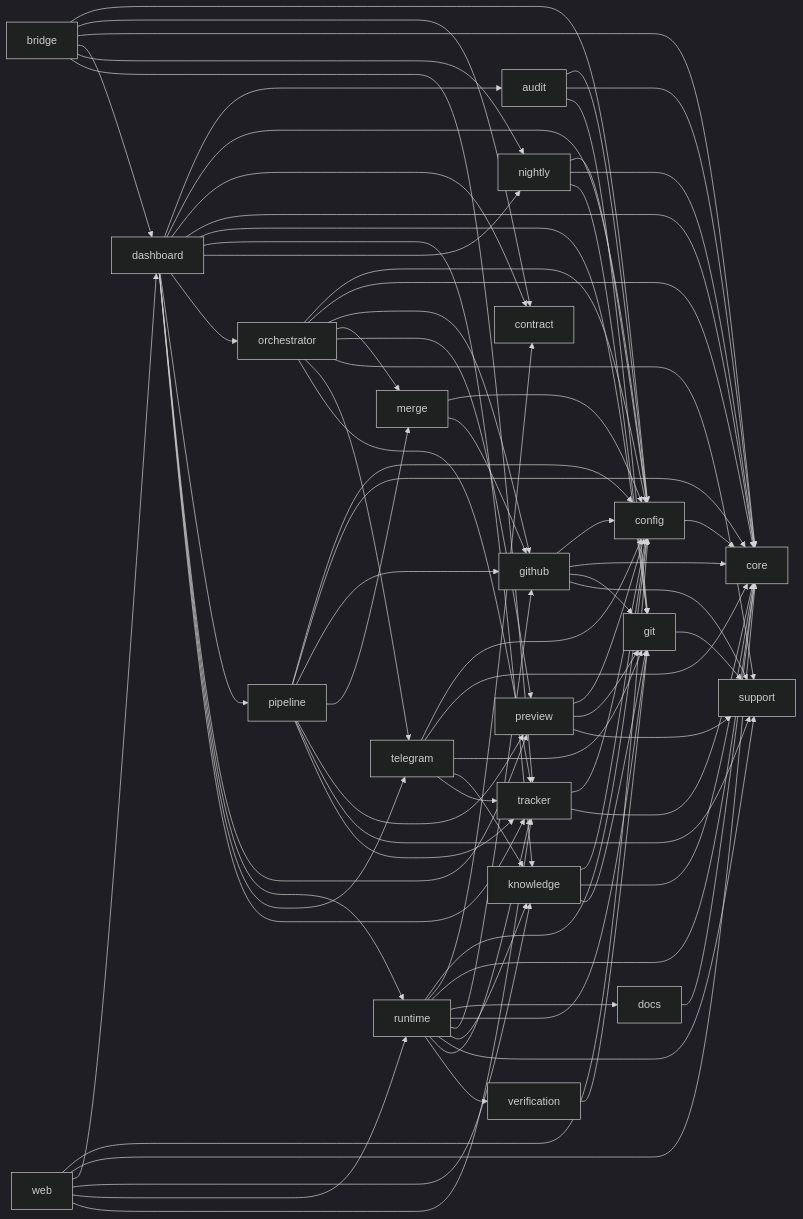
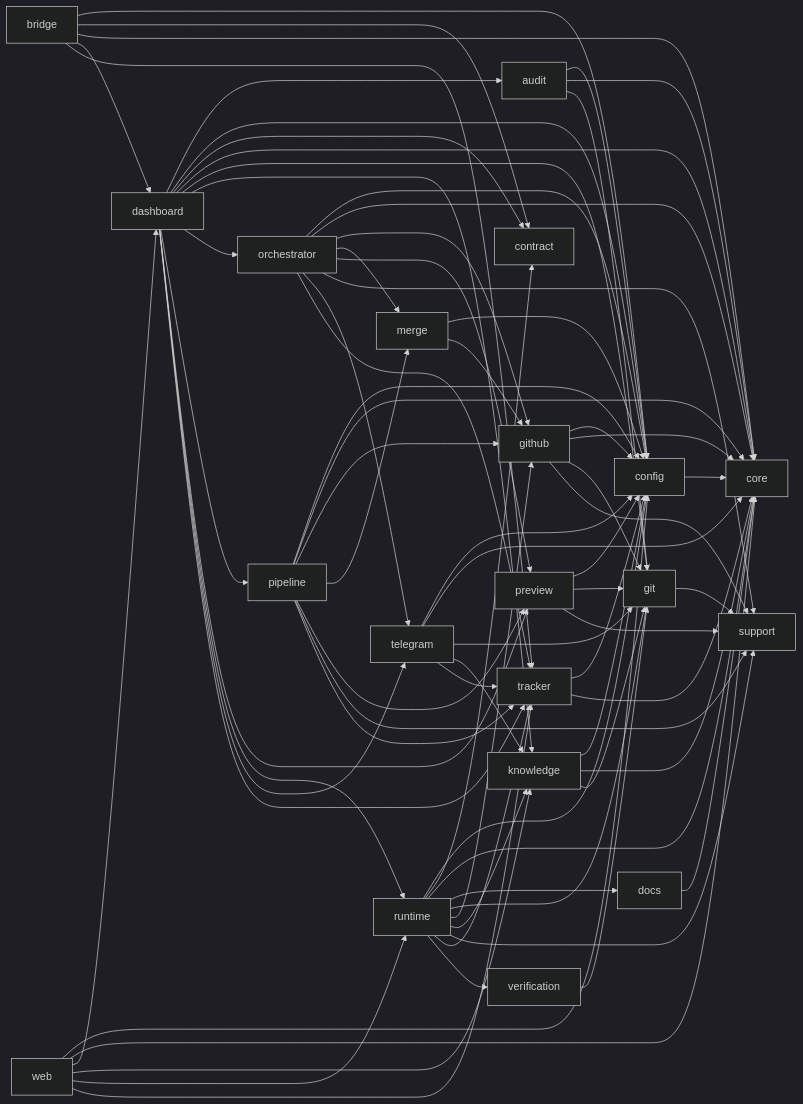
One commit to robbertvdzon/software-factory changed the diagram in docs/technical/module-dependencies.md. Above: the diagram before and after it, drawn with Mermaid (dark theme). The commit also changed other lines of this file and 49 other files, not shown here.

```diff
--- a/docs/technical/module-dependencies.md
+++ b/docs/technical/module-dependencies.md
@@ -43,7 +42,6 @@
     github["github"]
     knowledge["knowledge"]
     merge["merge"]
-    nightly["nightly"]
     orchestrator["orchestrator"]
     pipeline["pipeline"]
     preview["preview"]
@@ -60,7 +58,6 @@
     bridge --> contract
     bridge --> core
     bridge --> dashboard
-    bridge --> nightly
     bridge --> tracker
     config --> core
     dashboard --> audit
@@ -69,7 +66,6 @@
     dashboard --> core
     dashboard --> git
     dashboard --> knowledge
-    dashboard --> nightly
     dashboard --> orchestrator
     dashboard --> pipeline
     dashboard --> preview
@@ -87,9 +83,6 @@
     knowledge --> git
     merge --> config
     merge --> github
-    nightly --> config
-    nightly --> core
-    nightly --> git
     orchestrator --> config
     orchestrator --> core
     orchestrator --> github
```
